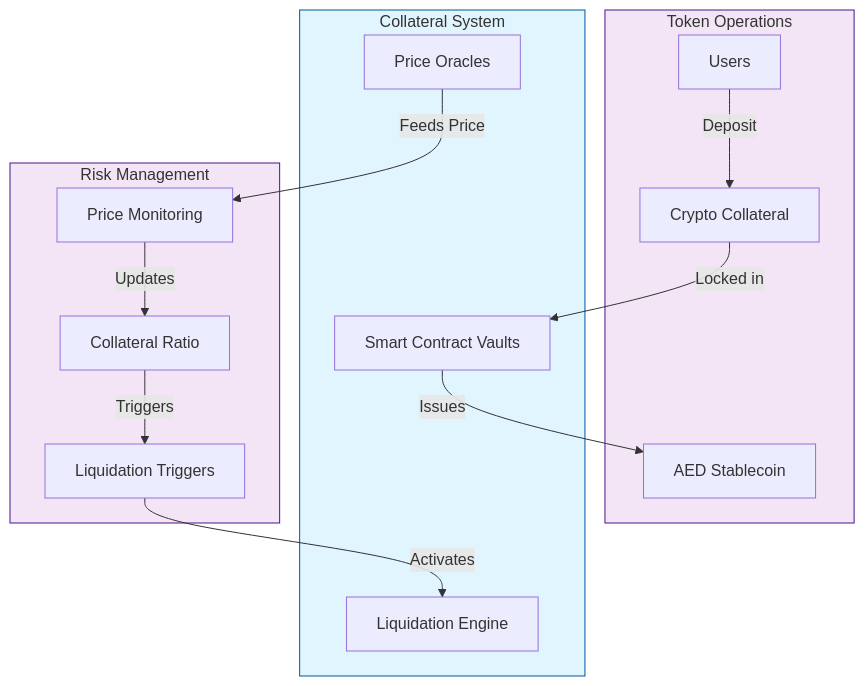
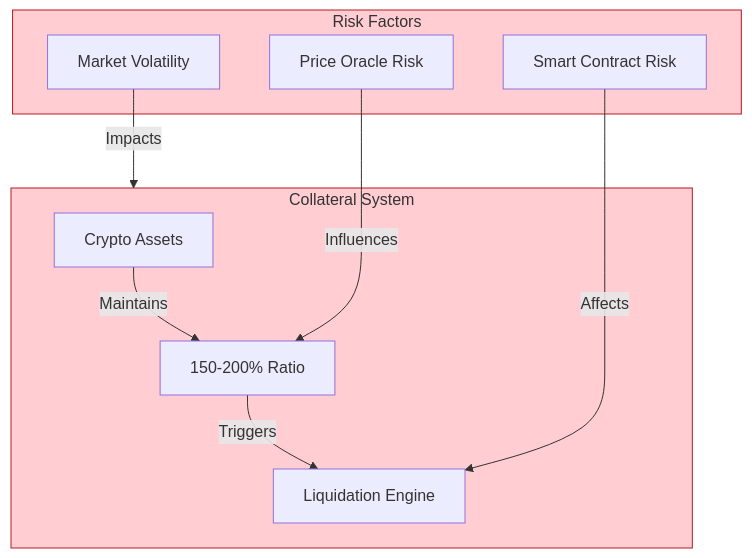
Before and after one commit to scionx-io/documentation: the third of 6 diagrams in stablecoin.md, drawn with Mermaid. The commit also changed other lines of this file, not shown here.

````diff
--- a/stablecoin.md
+++ b/stablecoin.md
@@ -56,33 +78,23 @@
 ```mermaid
 graph TB
-    subgraph CollateralSystem["Collateral System"]
-        Vault["Smart Contract Vaults"]
-        Oracle["Price Oracles"]
-        LiqEngine["Liquidation Engine"]
+    subgraph Collateral["Collateral System"]
+        Crypto["Crypto Assets"]
+        Ratio["150-200% Ratio"]
+        Liquidation["Liquidation Engine"]
     end
 
-    subgraph TokenSystem["Token Operations"]
-        Collateral["Crypto Collateral"]
-        AEDToken["AED Stablecoin"]
-        Users["Users"]
+    subgraph Risks["Risk Factors"]
+        Market["Market Volatility"]
+        Technical["Smart Contract Risk"]
+        Oracle["Price Oracle Risk"]
     end
 
-    subgraph Risk["Risk Management"]
-        Monitor["Price Monitoring"]
-        Ratio["Collateral Ratio"]
-        Liquidator["Liquidation Triggers"]
-    end
+    Crypto -->|Maintains| Ratio
+    Ratio -->|Triggers| Liquidation
+    Market -->|Impacts| Collateral
+    Technical -->|Affects| Liquidation
+    Oracle -->|Influences| Ratio
 
-    Users -->|Deposit| Collateral
-    Collateral -->|Locked in| Vault
-    Oracle -->|Feeds Price| Monitor
-    Monitor -->|Updates| Ratio
-    Ratio -->|Triggers| Liquidator
-    Liquidator -->|Activates| LiqEngine
-    Vault -->|Issues| AEDToken
-    
-    classDef primary fill:#e1f5fe,stroke:#01579b
-    classDef secondary fill:#f3e5f5,stroke:#4a148c
-    class CollateralSystem primary
-    class TokenSystem,Risk secondary
+    classDef risk fill:#ffcdd2,stroke:#b71c1c
+    class Collateral,Risks risk
 ```
````
